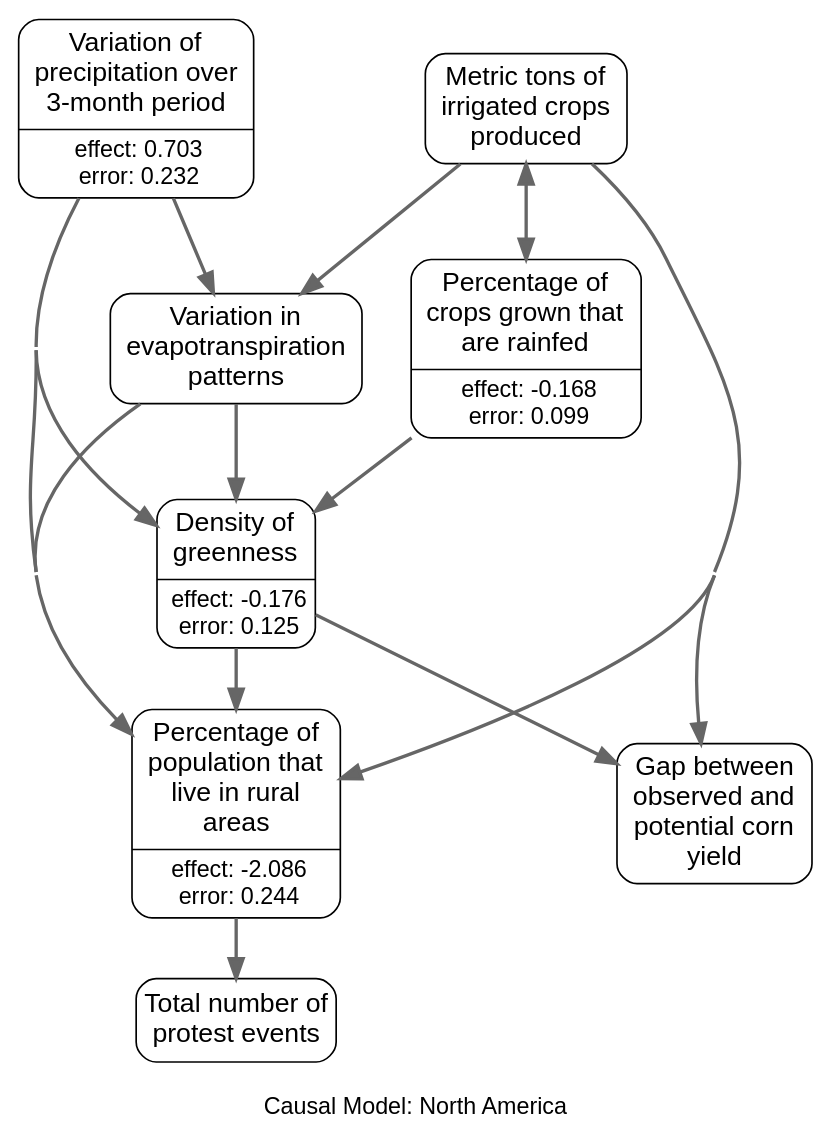
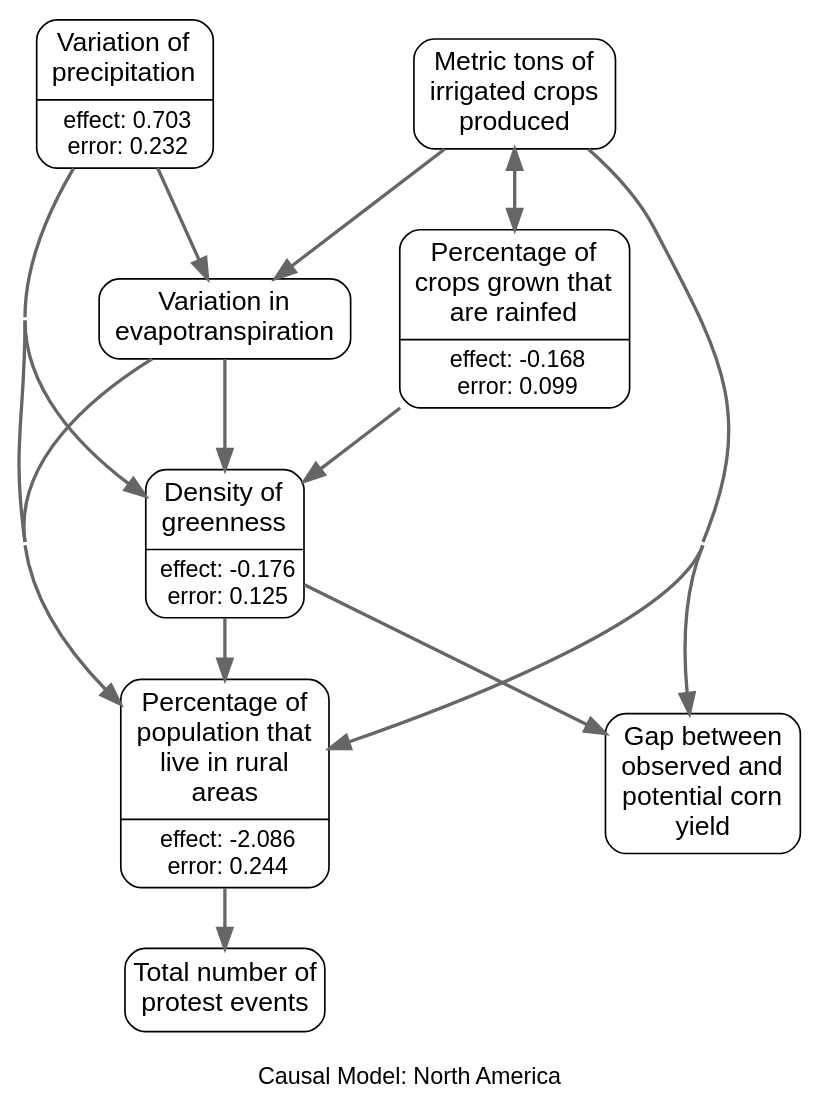
The diagram in app/javascript/images/regions/causal_graphs/north_america.gv (wri/wri-wpsi), drawn with Graphviz before and after one commit. The commit also changed 7 other files, not shown here.

Commit message:
regen graphs

```diff
--- a/app/javascript/images/regions/causal_graphs/north_america.gv
+++ b/app/javascript/images/regions/causal_graphs/north_america.gv
@@ -1,67 +1,67 @@
 # generated file for region: north_america by CausalModelRegionGenerator
 strict digraph causalModel {
 fontname="Helvetica, Arial, sans-serif";
 label="
 Causal Model: North America";
 labelloc = b;
 nodesep = 0.4;
 concentrate = true;
 node[shape = Mrecord, fontname = "Helvetica, Arial, sans-serif", margin = "0.10,0.06", penwidth = 1.0];
 edge[arrowsize = 1.2 penwidth = 2 color="#666666"];
 
 # nodes
 rurratio_s [label = <{<table align="center" border="0" cellspacing="1" cellpadding="1">
 <tr><td><font point-size="16">Percentage of<br/>population that<br/>live in rural<br/>areas<br/></font></td></tr>
 </table>
 |<table border="0" cellspacing="1" cellpadding="0.5"><tr><td><font point-size="14">effect: -2.086</font></td></tr>
 <tr><td><font point-size="14">error: 0.244</font></td></tr></table>}>, class = rankB];
 et_anom_m_STD_m [label = <<table align="center" border="0" cellspacing="1" cellpadding="1">
-<tr><td><font point-size="16">Variation in<br/>evapotranspiration<br/>patterns<br/></font></td></tr>
+<tr><td><font point-size="16">Variation in<br/>evapotranspiration<br/></font></td></tr>
 </table>
 >, class = rankB];
 ndvi_act_min_m [label = <{<table align="center" border="0" cellspacing="1" cellpadding="1">
 <tr><td><font point-size="16">Density of<br/>greenness<br/></font></td></tr>
 </table>
 |<table border="0" cellspacing="1" cellpadding="0.5"><tr><td><font point-size="14">effect: -0.176</font></td></tr>
 <tr><td><font point-size="14">error: 0.125</font></td></tr></table>}>, class = rankB];
 spi_3_m [label = <{<table align="center" border="0" cellspacing="1" cellpadding="1">
-<tr><td><font point-size="16">Variation of<br/>precipitation over<br/>3-month period<br/></font></td></tr>
+<tr><td><font point-size="16">Variation of<br/>precipitation<br/></font></td></tr>
 </table>
 |<table border="0" cellspacing="1" cellpadding="0.5"><tr><td><font point-size="14">effect: 0.703</font></td></tr>
 <tr><td><font point-size="14">error: 0.232</font></td></tr></table>}>, class = rankA];
 rainfed_s [label = <{<table align="center" border="0" cellspacing="1" cellpadding="1">
 <tr><td><font point-size="16">Percentage of<br/>crops grown that<br/>are rainfed<br/></font></td></tr>
 </table>
 |<table border="0" cellspacing="1" cellpadding="0.5"><tr><td><font point-size="14">effect: -0.168</font></td></tr>
 <tr><td><font point-size="14">error: 0.099</font></td></tr></table>}>, class = rankB];
 spam_P_i_sum_s [label = <<table align="center" border="0" cellspacing="1" cellpadding="1">
 <tr><td><font point-size="16">Metric tons of<br/>irrigated crops<br/>produced<br/></font></td></tr>
 </table>
 >, class = rankB];
 yield_gap_maize_s [label = <<table align="center" border="0" cellspacing="1" cellpadding="1">
 <tr><td><font point-size="16">Gap between<br/>observed and<br/>potential corn<br/>yield<br/></font></td></tr>
 </table>
 >, class = rankB];
 acl_pprt_evnt_m [label = "Total number of
 protest events" class = rankC shape=box style=rounded fontsize="16pt" margin = "0.05,0.10"];
 
 #ranks
 
 
 # links
 rurratio_s -> acl_pprt_evnt_m;
 et_anom_m_STD_m -> rurratio_s;
 et_anom_m_STD_m -> ndvi_act_min_m;
 ndvi_act_min_m -> rurratio_s;
 ndvi_act_min_m -> yield_gap_maize_s;
 spi_3_m -> rurratio_s;
 spi_3_m -> et_anom_m_STD_m;
 spi_3_m -> ndvi_act_min_m;
 rainfed_s -> ndvi_act_min_m;
 rainfed_s -> spam_P_i_sum_s;
 spam_P_i_sum_s -> rurratio_s;
 spam_P_i_sum_s -> et_anom_m_STD_m;
 spam_P_i_sum_s -> rainfed_s;
 spam_P_i_sum_s -> yield_gap_maize_s;
 
 }
```
